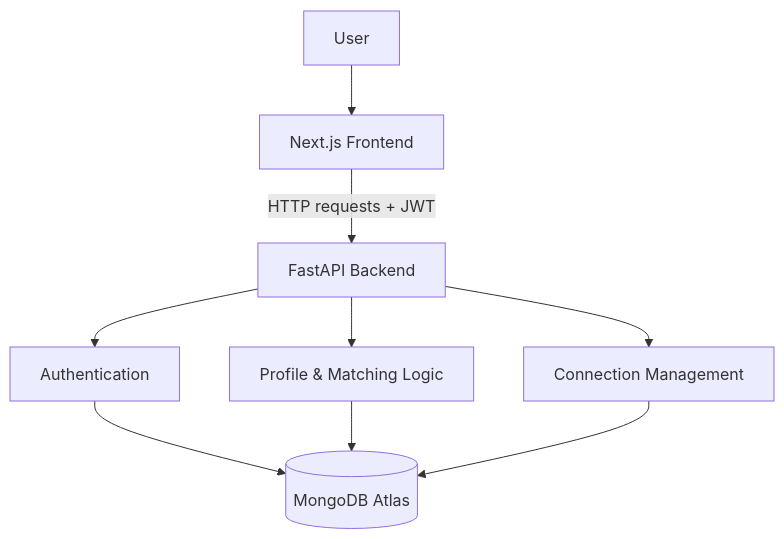
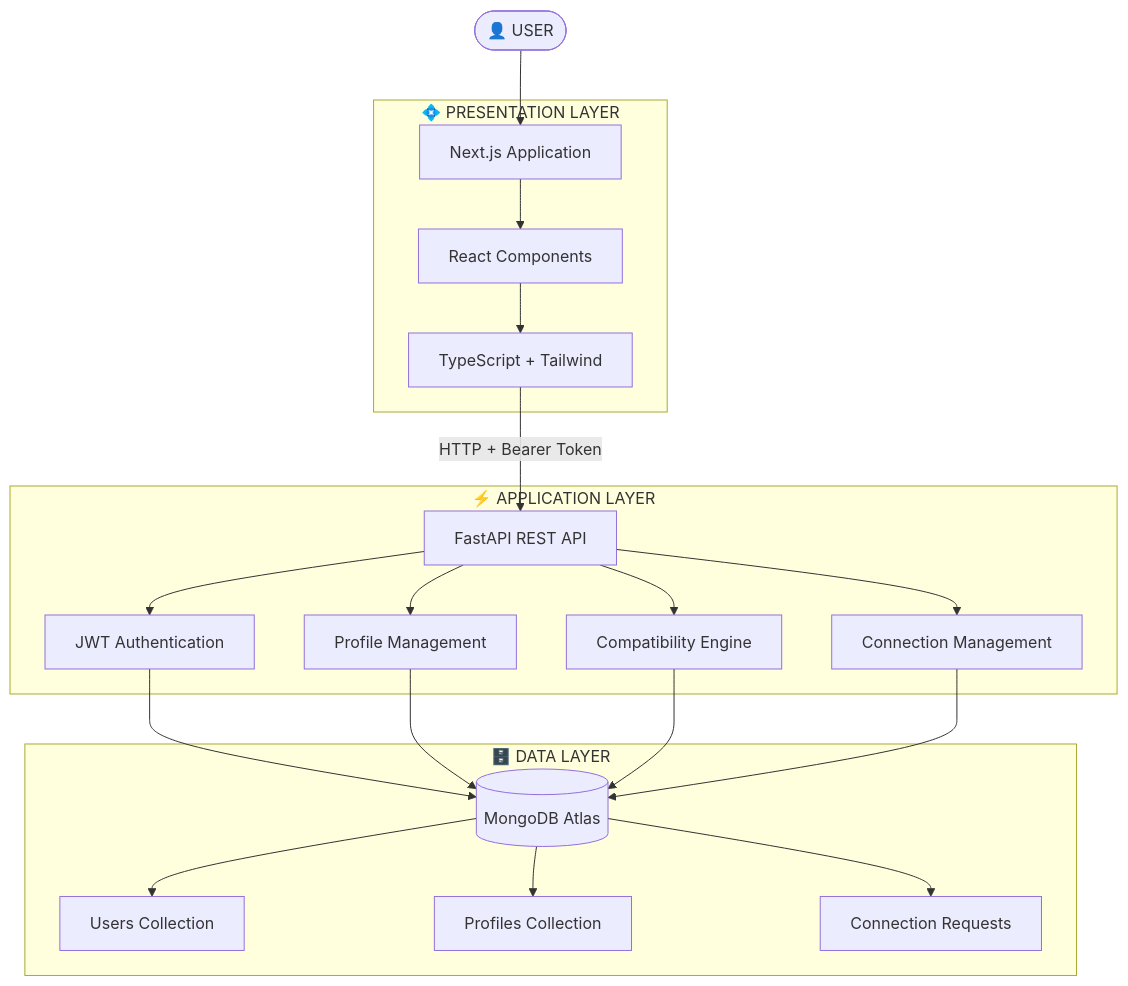
The third of 3 diagrams in README.md (vedanthpatil1706/RoomieMatch), drawn with Mermaid before and after one commit. The commit also changed other lines of this file, not shown here.

````diff
--- a/README.md
+++ b/README.md
@@ -88,11 +202,40 @@
 ```mermaid
-flowchart TD
-    A[User] --> B[Next.js Frontend]
-    B -->|HTTP requests + JWT| C[FastAPI Backend]
-    C --> D[Authentication]
-    C --> E[Profile & Matching Logic]
-    C --> F[Connection Management]
-    D --> G[(MongoDB Atlas)]
-    E --> G
-    F --> G
+flowchart TB
+    U(["👤 USER"])
+    subgraph FRONTEND["💠 PRESENTATION LAYER"]
+        A["Next.js Application"]
+        B["React Components"]
+        C["TypeScript + Tailwind"]
+    end
+
+    subgraph BACKEND["⚡ APPLICATION LAYER"]
+        D["FastAPI REST API"]
+        E["JWT Authentication"]
+        F["Profile Management"]
+        G["Compatibility Engine"]
+        H["Connection Management"]
+    end
+
+    subgraph DATA["🗄️ DATA LAYER"]
+        I[("MongoDB Atlas")]
+        J["Users Collection"]
+        K["Profiles Collection"]
+        L["Connection Requests"]
+    end
+
+    U --> A
+    A --> B
+    B --> C
+    C -->|"HTTP + Bearer Token"| D
+    D --> E
+    D --> F
+    D --> G
+    D --> H
+    E --> I
+    F --> I
+    G --> I
+    H --> I
+    I --> J
+    I --> K
+    I --> L
 ```
````
